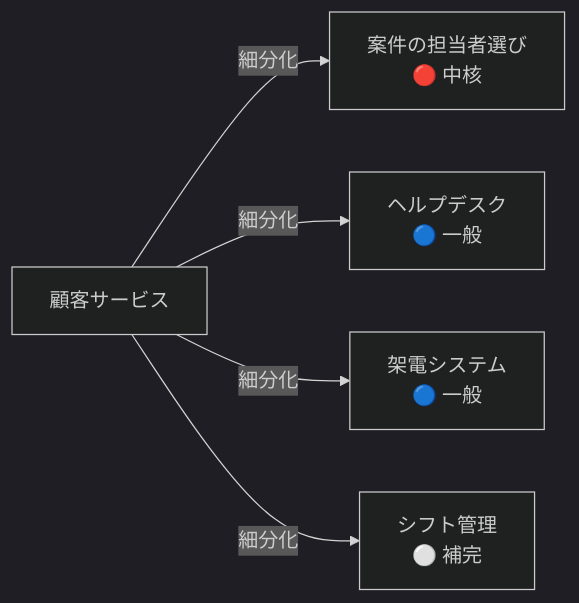
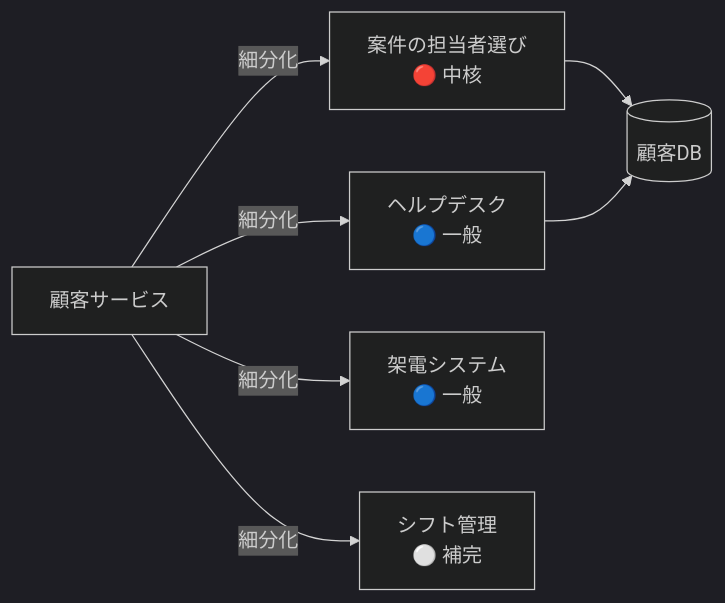
Before and after one commit to daidaiiro-519/has-udd: the seventh of 7 diagrams in .claude/skills/mermaid-guide/references/pattern-flowchart.md, drawn with Mermaid (dark theme). The commit also changed other lines of this file and 26 other files, not shown here.

````diff
--- a/.claude/skills/mermaid-guide/references/pattern-flowchart.md
+++ b/.claude/skills/mermaid-guide/references/pattern-flowchart.md
@@ -93,7 +378,9 @@
 ```mermaid
 flowchart LR
-    A[顧客サービス] -->|細分化| B[案件の担当者選び\n🔴 中核]
-    A -->|細分化| C[ヘルプデスク\n🔵 一般]
-    A -->|細分化| D[架電システム\n🔵 一般]
-    A -->|細分化| E[シフト管理\n⚪ 補完]
+    A[顧客サービス] -->|細分化| B["案件の担当者選び<br/>🔴 中核"]
+    A -->|細分化| C["ヘルプデスク<br/>🔵 一般"]
+    A -->|細分化| D["架電システム<br/>🔵 一般"]
+    A -->|細分化| E["シフト管理<br/>⚪ 補完"]
+    B --> DB[(顧客DB)]
+    C --> DB
 ```
````
